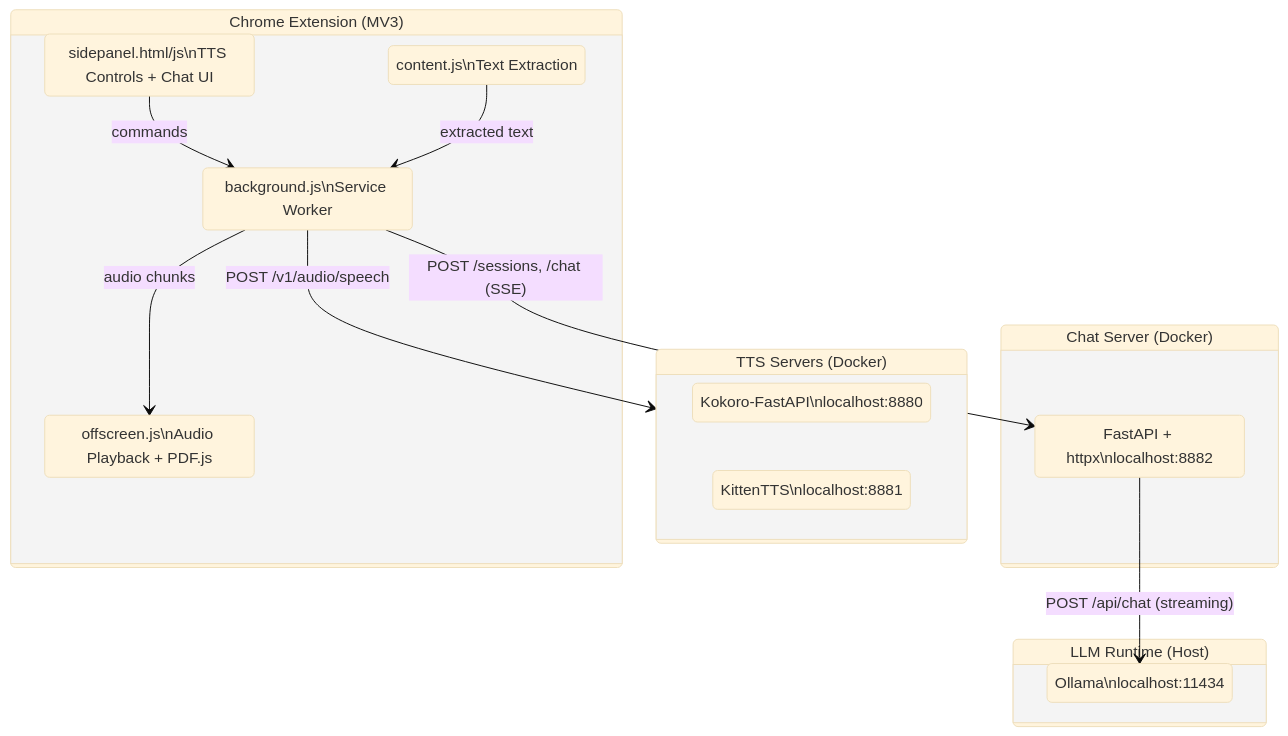
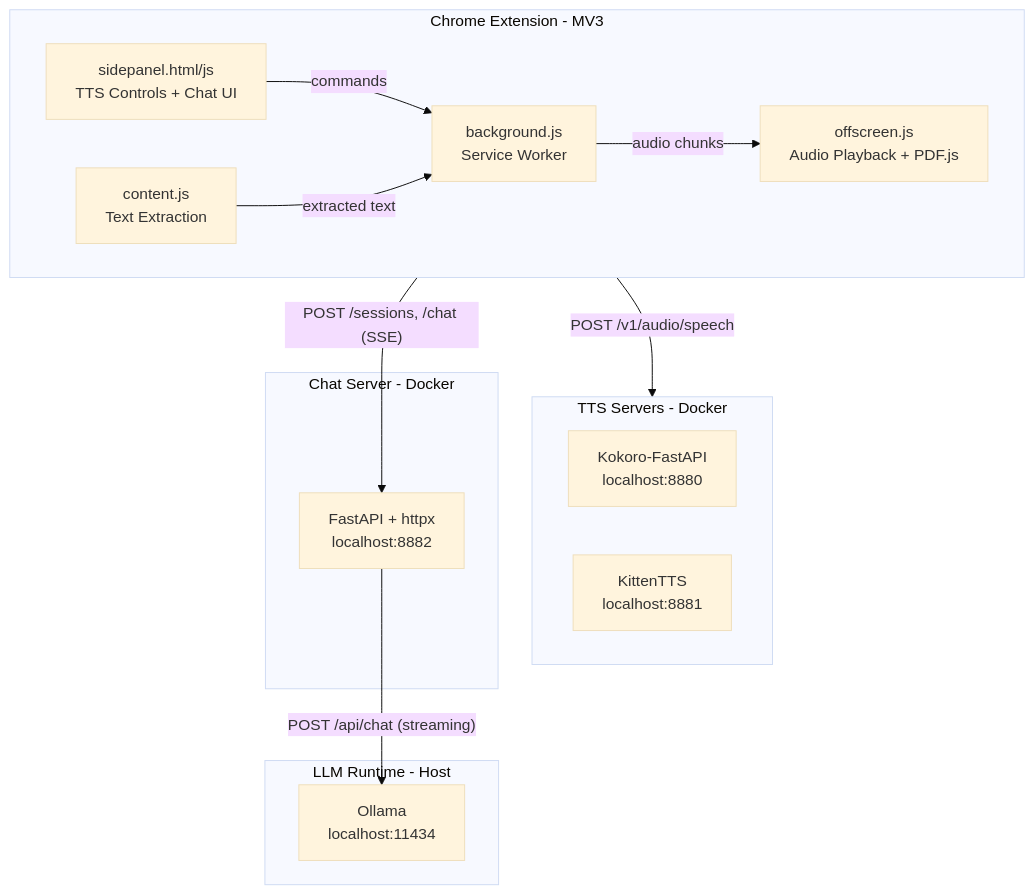
The diagram in README.md (kargarisaac/voxlocal), drawn with Mermaid (base theme) before and after one commit.

Commit message:
Fix Mermaid diagram: switch from stateDiagram to flowchart for GitHub compatibility

````diff
--- a/README.md
+++ b/README.md
@@ -49,34 +49,32 @@
 ```mermaid
-stateDiagram-v2
-    direction TB
+flowchart TB
+    subgraph ext["Chrome Extension - MV3"]
+        direction LR
+        sidepanel["sidepanel.html/js<br/>TTS Controls + Chat UI"]
+        background["background.js<br/>Service Worker"]
+        content["content.js<br/>Text Extraction"]
+        offscreen["offscreen.js<br/>Audio Playback + PDF.js"]
 
-    state "Chrome Extension (MV3)" as ext {
+        sidepanel -- commands --> background
+        content -- extracted text --> background
+        background -- audio chunks --> offscreen
+    end
+
+    subgraph tts["TTS Servers - Docker"]
         direction LR
-        sidepanel: sidepanel.html/js\nTTS Controls + Chat UI
-        background: background.js\nService Worker
-        content: content.js\nText Extraction
-        offscreen: offscreen.js\nAudio Playback + PDF.js
+        kokoro["Kokoro-FastAPI<br/>localhost:8880"]
+        kitten["KittenTTS<br/>localhost:8881"]
+    end
 
-        sidepanel --> background: commands
-        background --> offscreen: audio chunks
-        content --> background: extracted text
-    }
+    subgraph chat["Chat Server - Docker"]
+        chatserver["FastAPI + httpx<br/>localhost:8882"]
+    end
 
-    state "TTS Servers (Docker)" as tts {
-        direction LR
-        kokoro: Kokoro‑FastAPI\nlocalhost:8880
-        kitten: KittenTTS\nlocalhost:8881
-    }
+    subgraph llm["LLM Runtime - Host"]
+        ollama["Ollama<br/>localhost:11434"]
+    end
 
-    state "Chat Server (Docker)" as chat {
-        chatserver: FastAPI + httpx\nlocalhost:8882
-    }
-
-    state "LLM Runtime (Host)" as llm {
-        ollama: Ollama\nlocalhost:11434
-    }
-
-    background --> tts: POST /v1/audio/speech
-    background --> chatserver: POST /sessions, /chat (SSE)
-    chatserver --> ollama: POST /api/chat (streaming)
+    background -- "POST /v1/audio/speech" --> tts
+    background -- "POST /sessions, /chat (SSE)" --> chatserver
+    chatserver -- "POST /api/chat (streaming)" --> ollama
 ```
````
